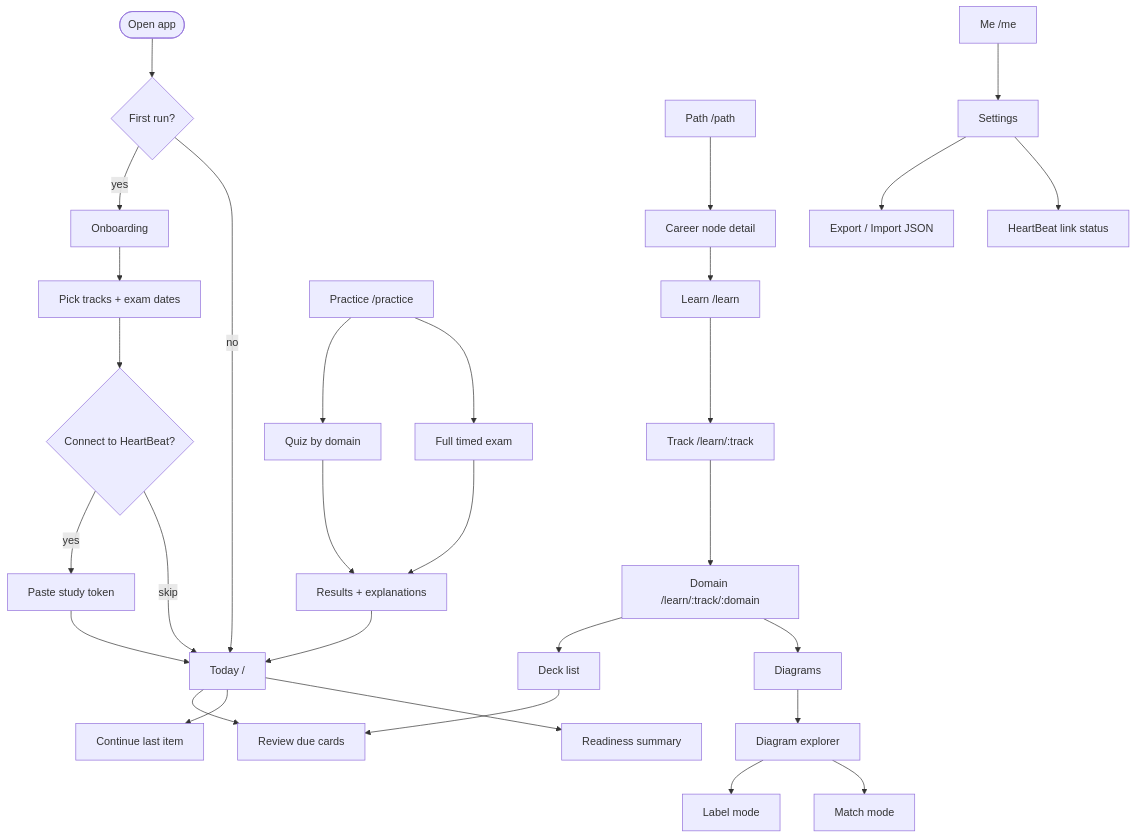
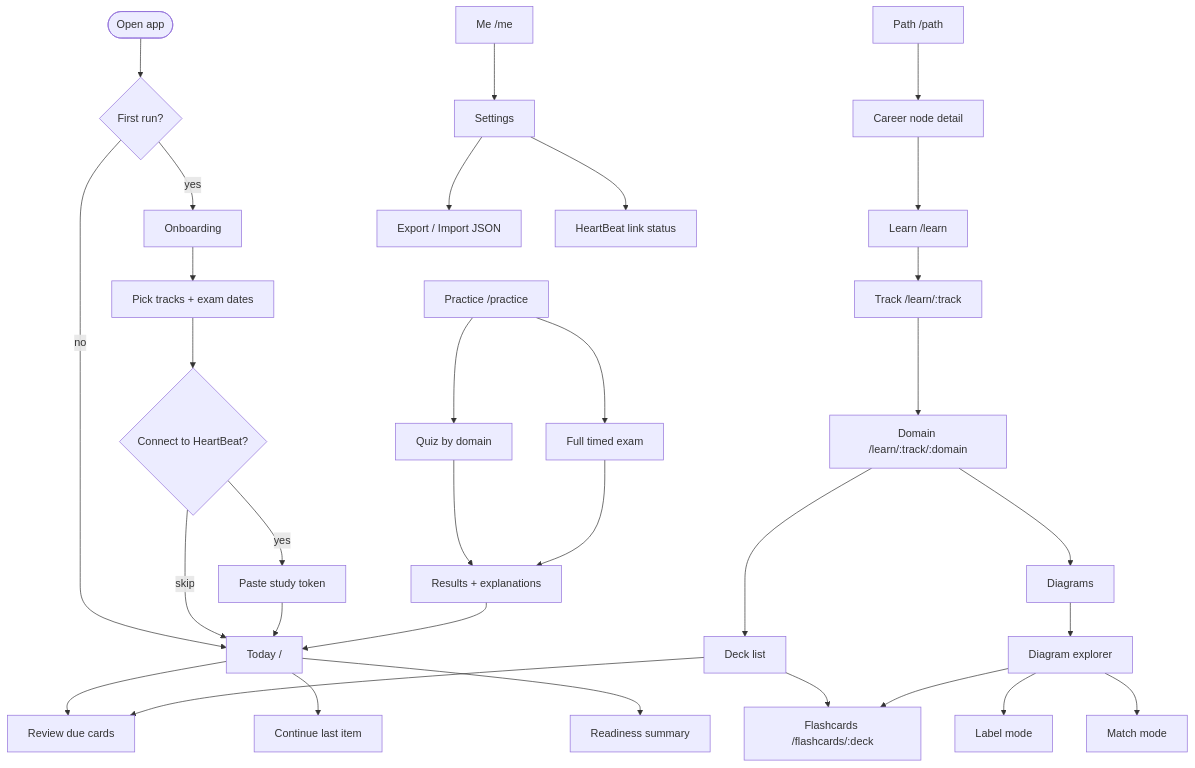
The first of 2 diagrams in docs/03-App-Flow.md (djbatalona06/DJ-s-standalone-study-guide), drawn with Mermaid before and after one commit. The commit also changed other lines of this file and 16 other files, not shown here.

````diff
--- a/docs/03-App-Flow.md
+++ b/docs/03-App-Flow.md
@@ -7,37 +7,39 @@
 ```mermaid
 flowchart TD
   Start([Open app]) --> First{First run?}
   First -- yes --> Onb[Onboarding]
   First -- no --> Today
   Onb --> Pick[Pick tracks + exam dates]
   Pick --> Link{Connect to HeartBeat?}
   Link -- yes --> Connect[Paste study token]
   Link -- skip --> Today
   Connect --> Today
 
   Today[Today /] --> Review[Review due cards]
   Today --> Continue[Continue last item]
   Today --> Ready[Readiness summary]
 
   Learn[Learn /learn] --> Track[Track /learn/:track]
   Track --> Domain[Domain /learn/:track/:domain]
   Domain --> Deck[Deck list]
   Domain --> DiagList[Diagrams]
   Deck --> Review
+  Deck --> Flash[Flashcards /flashcards/:deck]
+  Diagram --> Flash
   DiagList --> Diagram[Diagram explorer]
   Diagram --> Label[Label mode]
   Diagram --> Match[Match mode]
 
   Practice[Practice /practice] --> Quiz[Quiz by domain]
   Practice --> Exam[Full timed exam]
   Quiz --> Results
   Exam --> Results[Results + explanations]
   Results --> Today
 
   Path[Path /path] --> Node[Career node detail]
   Node --> Learn
 
   Me[Me /me] --> Settings
   Settings --> Export[Export / Import JSON]
   Settings --> Sync[HeartBeat link status]
 ```
````
